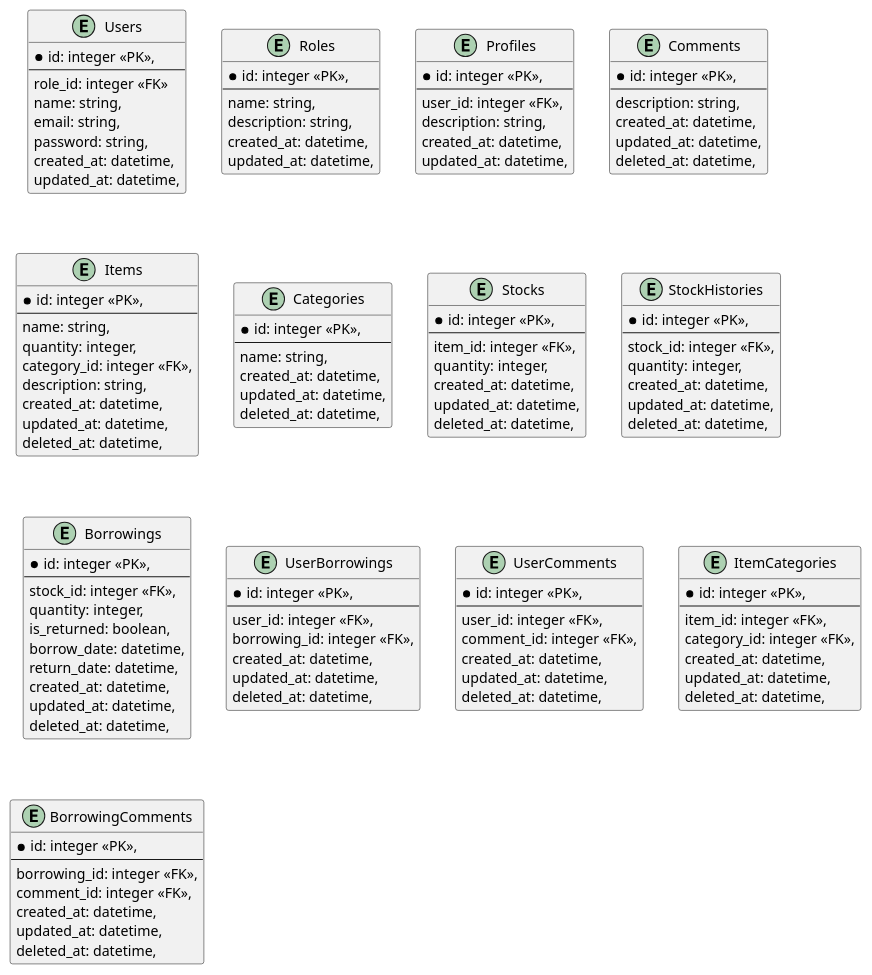
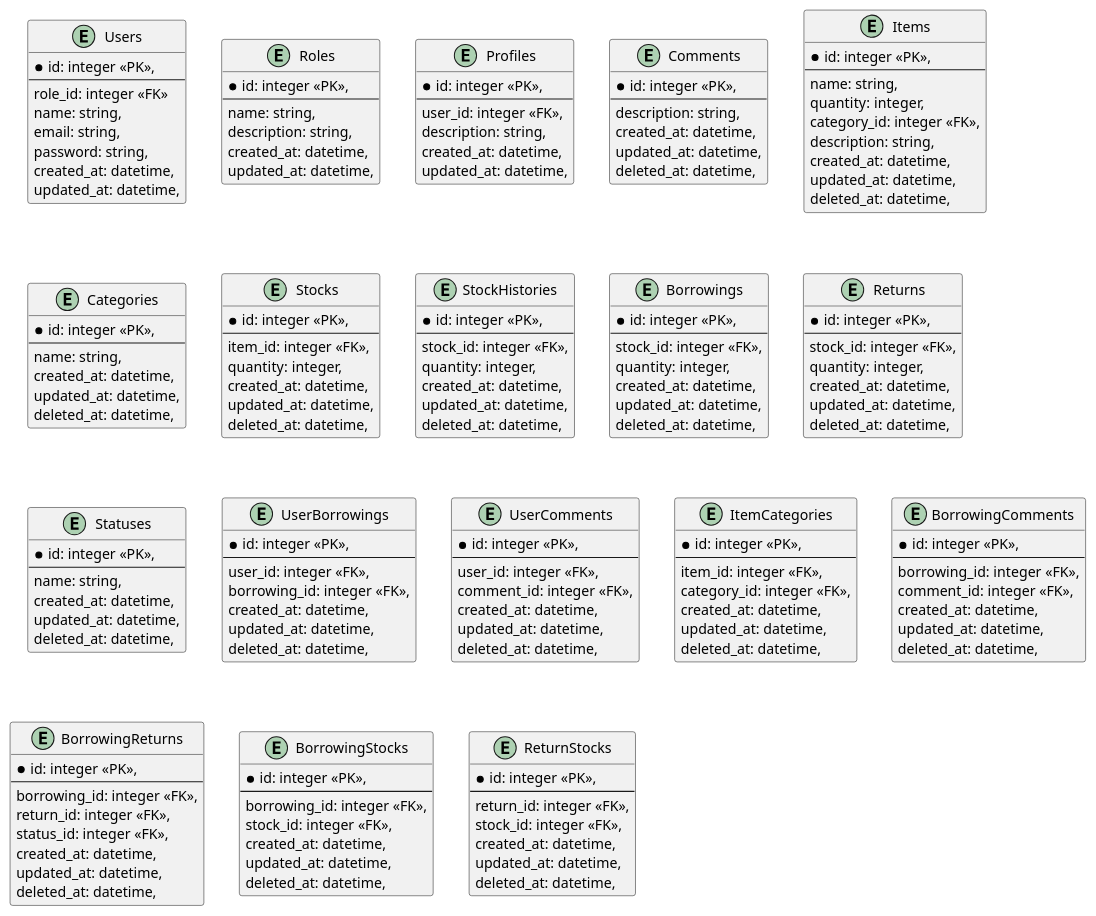
The diagram in blue-print/er-diagrams/tables.pu (Masaya-j9/stock-app-backend), drawn with PlantUML before and after one commit. The commit also changed 1 other file, not shown here.

```diff
--- a/blue-print/er-diagrams/tables.pu
+++ b/blue-print/er-diagrams/tables.pu
@@ -1,144 +1,191 @@
 @startuml stock_app
 
 '  ユーザー関連
 entity "Users" as users {
   *id: integer <<PK>>,
   --
   role_id: integer <<FK>>
   name: string,
   email: string,
   password: string,
   created_at: datetime,
   updated_at: datetime,
 }
 
 ' 一般ユーザーか管理者かを分ける
 entity "Roles" as roles {
   *id: integer <<PK>>,
   --
   name: string,
   description: string,
   created_at: datetime,
   updated_at: datetime,
 }
 
 ' マイページ画面で利用
 entity "Profiles" as profiles {
   *id: integer <<PK>>,
   --
   user_id: integer <<FK>>,
   description: string,
   created_at: datetime,
   updated_at: datetime,
 }
 
 ' ユーザーが借りている物にコメントを入れる
 entity "Comments" as comments {
   *id: integer <<PK>>,
   --
   description: string,
   created_at: datetime,
   updated_at: datetime,
   deleted_at: datetime,
 }
 
 ' 商品関連
 ' 商品登録で利用
 entity "Items" as items {
   *id: integer <<PK>>,
   --
   name: string,
   quantity: integer,
   category_id: integer <<FK>>,
   description: string,
   created_at: datetime,
   updated_at: datetime,
   deleted_at: datetime,
 }
 
 entity "Categories" as categories {
   *id: integer <<PK>>,
   --
   name: string,
   created_at: datetime,
   updated_at: datetime,
   deleted_at: datetime,
 }
 
 ' 在庫管理で利用
 entity "Stocks" as stocks {
   *id: integer <<PK>>,
   --
   item_id: integer <<FK>>,
   quantity: integer,
   created_at: datetime,
   updated_at: datetime,
   deleted_at: datetime,
 }
 
 entity "StockHistories" as stock_histories {
   *id: integer <<PK>>,
   --
   stock_id: integer <<FK>>,
   quantity: integer,
   created_at: datetime,
   updated_at: datetime,
   deleted_at: datetime,
 }
 
 ' レンタル関連
 entity "Borrowings" as borrowings {
   *id: integer <<PK>>,
   --
   stock_id: integer <<FK>>,
   quantity: integer,
-  is_returned: boolean,
-  borrow_date: datetime,
-  return_date: datetime,
+  created_at: datetime,
+  updated_at: datetime,
+  deleted_at: datetime,
+}
+
+entity "Returns" as returns {
+  *id: integer <<PK>>,
+  --
+  stock_id: integer <<FK>>,
+  quantity: integer,
+  created_at: datetime,
+  updated_at: datetime,
+  deleted_at: datetime,
+}
+
+entity "Statuses" as statuses {
+  *id: integer <<PK>>,
+  --
+  name: string,
   created_at: datetime,
   updated_at: datetime,
   deleted_at: datetime,
 }
 
 ' 中間テーブル
 entity "UserBorrowings" as user_borrowings {
   *id: integer <<PK>>,
   --
   user_id: integer <<FK>>,
   borrowing_id: integer <<FK>>,
   created_at: datetime,
   updated_at: datetime,
   deleted_at: datetime,
 }
 
 entity "UserComments" as user_comments {
   *id: integer <<PK>>,
   --
   user_id: integer <<FK>>,
   comment_id: integer <<FK>>,
   created_at: datetime,
   updated_at: datetime,
   deleted_at: datetime,
 }
 
 entity "ItemCategories" as item_categories {
   *id: integer <<PK>>,
   --
   item_id: integer <<FK>>,
   category_id: integer <<FK>>,
   created_at: datetime,
   updated_at: datetime,
   deleted_at: datetime,
 }
 
 entity "BorrowingComments" as borrowing_comments {
   *id: integer <<PK>>,
   --
   borrowing_id: integer <<FK>>,
   comment_id: integer <<FK>>,
   created_at: datetime,
   updated_at: datetime,
   deleted_at: datetime,
 }
 
+entity "BorrowingReturns" as borrowing_returns {
+  *id: integer <<PK>>,
+  --
+  borrowing_id: integer <<FK>>,
+  return_id: integer <<FK>>,
+  status_id: integer <<FK>>,
+  created_at: datetime,
+  updated_at: datetime,
+  deleted_at: datetime,
+}
+
+entity "BorrowingStocks" as borrowing_stocks {
+  *id: integer <<PK>>,
+  --
+  borrowing_id: integer <<FK>>,
+  stock_id: integer <<FK>>,
+  created_at: datetime,
+  updated_at: datetime,
+  deleted_at: datetime,
+}
+
+entity "ReturnStocks" as return_stocks {
+  *id: integer <<PK>>,
+  --
+  return_id: integer <<FK>>,
+  stock_id: integer <<FK>>,
+  created_at: datetime,
+  updated_at: datetime,
+  deleted_at: datetime,
+}
+
 @enduml
```
